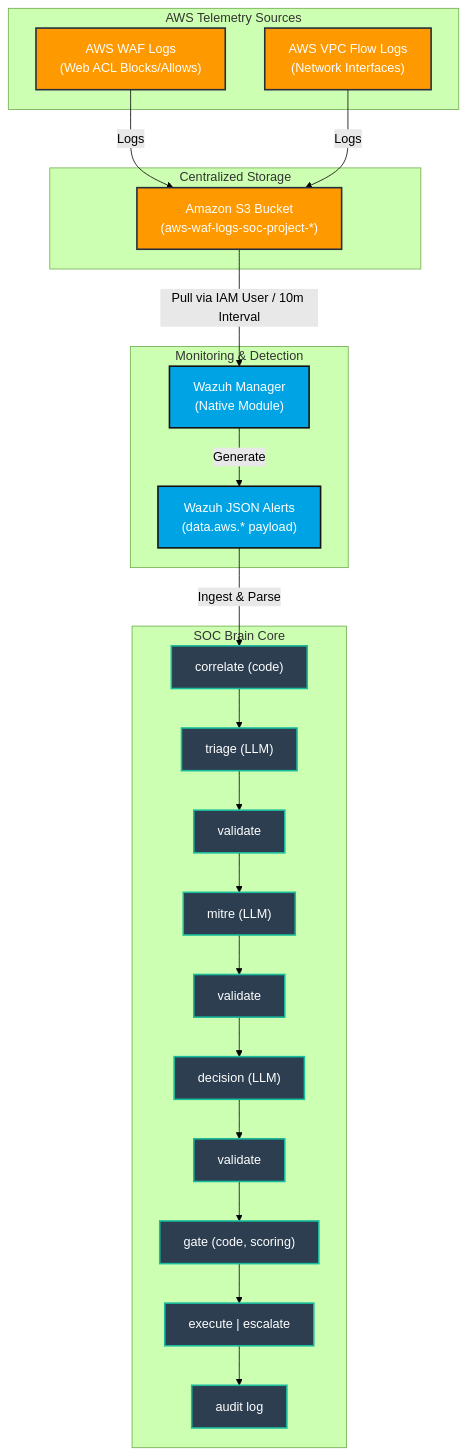
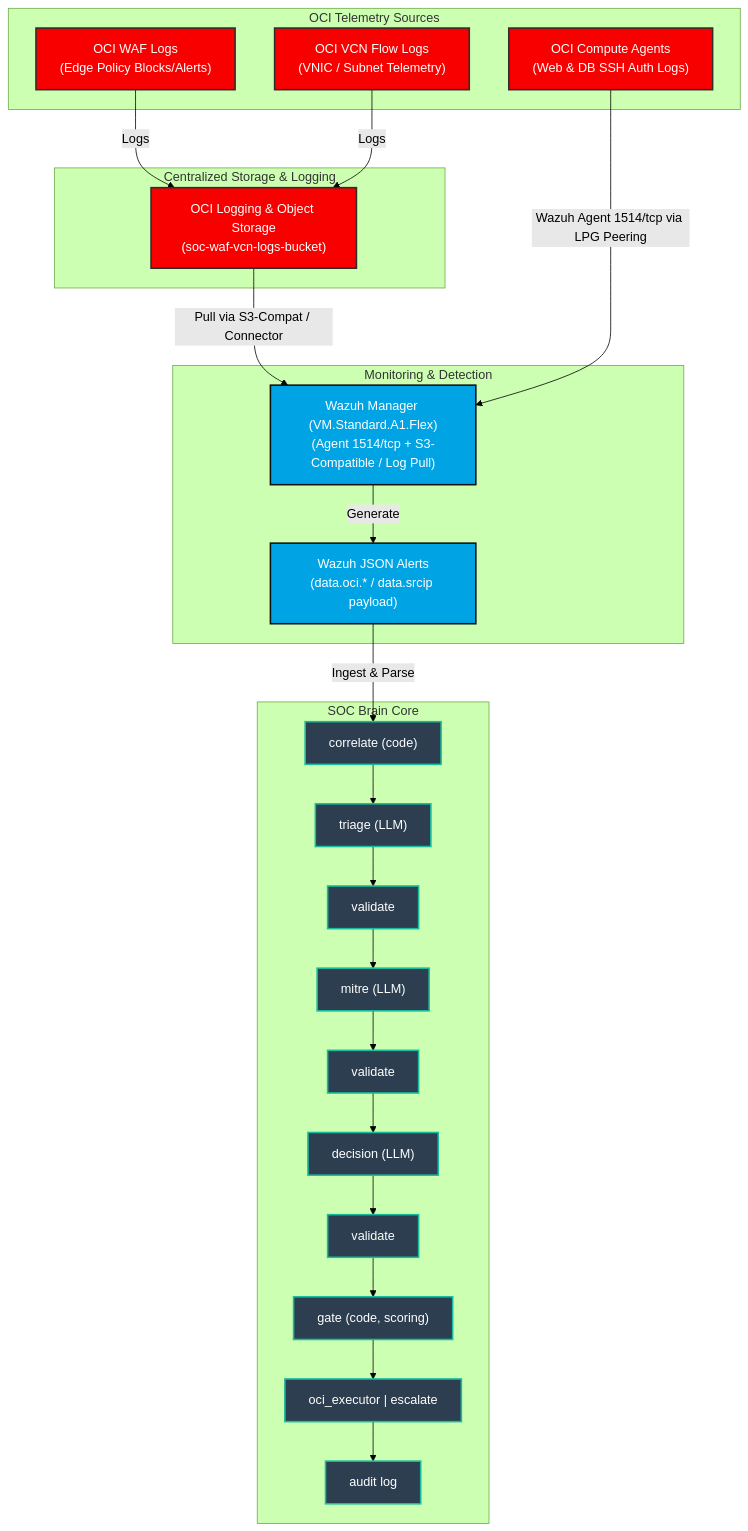
One commit to troshanisuru/soc-automation changed the diagram in architecture.md. Above: the diagram before and after it, drawn with Mermaid (forest theme). The commit also changed other lines of this file and 51 other files, not shown here.

Commit message:
feat(oci): migrate cloud infrastructure and active response from AWS to Oracle Cloud

````diff
--- a/architecture.md
+++ b/architecture.md
@@ -10,53 +12,55 @@
 ```mermaid
 graph TD
-    subgraph AWS Telemetry Sources
-        WAF["AWS WAF Logs<br/>(Web ACL Blocks/Allows)"]
-        VPC["AWS VPC Flow Logs<br/>(Network Interfaces)"]
+    subgraph OCI Telemetry Sources
+        WAF["OCI WAF Logs<br/>(Edge Policy Blocks/Alerts)"]
+        VCN["OCI VCN Flow Logs<br/>(VNIC / Subnet Telemetry)"]
+        Host["OCI Compute Agents<br/>(Web & DB SSH Auth Logs)"]
     end
 
-    subgraph Centralized Storage
-        S3["Amazon S3 Bucket<br/>(aws-waf-logs-soc-project-*)"]
+    subgraph Centralized Storage & Logging
+        OS["OCI Logging & Object Storage<br/>(soc-waf-vcn-logs-bucket)"]
     end
 
     subgraph Monitoring & Detection
-        Wazuh["Wazuh Manager<br/>(Native <awss3> Module)"]
-        Alerts["Wazuh JSON Alerts<br/>(data.aws.* payload)"]
+        Wazuh["Wazuh Manager (VM.Standard.A1.Flex)<br/>(Agent 1514/tcp + S3-Compatible / Log Pull)"]
+        Alerts["Wazuh JSON Alerts<br/>(data.oci.* / data.srcip payload)"]
     end
 
     subgraph SOC Brain Core
         Correlate["correlate (code)"]
         Triage["triage (LLM)"]
         Val1["validate"]
         Mitre["mitre (LLM)"]
         Val2["validate"]
         Decision["decision (LLM)"]
         Val3["validate"]
         Gate["gate (code, scoring)"]
-        ExecEsc["execute | escalate"]
+        ExecEsc["oci_executor | escalate"]
         Audit["audit log"]
         
         Correlate --> Triage
         Triage --> Val1
         Val1 --> Mitre
         Mitre --> Val2
         Val2 --> Decision
         Decision --> Val3
         Val3 --> Gate
         Gate --> ExecEsc
         ExecEsc --> Audit
     end
 
-    WAF -->|Logs| S3
-    VPC -->|Logs| S3
-    S3 -->|Pull via IAM User / 10m Interval| Wazuh
+    WAF -->|Logs| OS
+    VCN -->|Logs| OS
+    OS -->|Pull via S3-Compat / Connector| Wazuh
+    Host -->|Wazuh Agent 1514/tcp via LPG Peering| Wazuh
     Wazuh -->|Generate| Alerts
     Alerts -->|Ingest & Parse| Correlate
 
-    classDef aws fill:#FF9900,stroke:#232F3E,stroke-width:2px,color:#FFFFFF;
+    classDef oci fill:#F80000,stroke:#312D2A,stroke-width:2px,color:#FFFFFF;
     classDef wazuh fill:#00A4E4,stroke:#111111,stroke-width:2px,color:#FFFFFF;
     classDef brain fill:#2C3E50,stroke:#18BC9C,stroke-width:2px,color:#FFFFFF;
 
-    class WAF,VPC,S3 aws;
+    class WAF,VCN,Host,OS oci;
     class Wazuh,Alerts wazuh;
     class Correlate,Triage,Val1,Mitre,Val2,Decision,Val3,Gate,ExecEsc,Audit brain;
 ```
````
